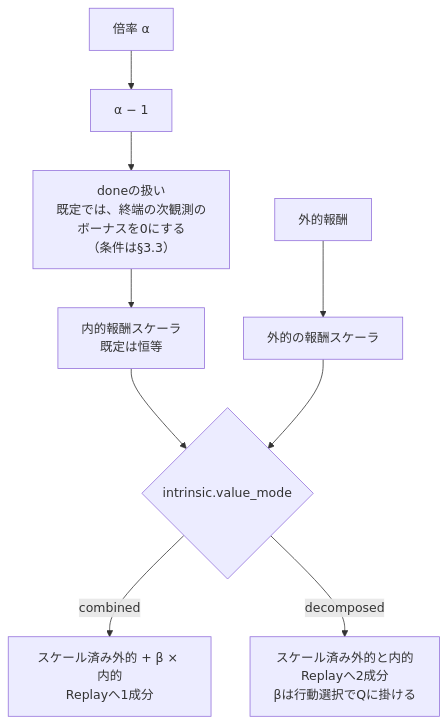
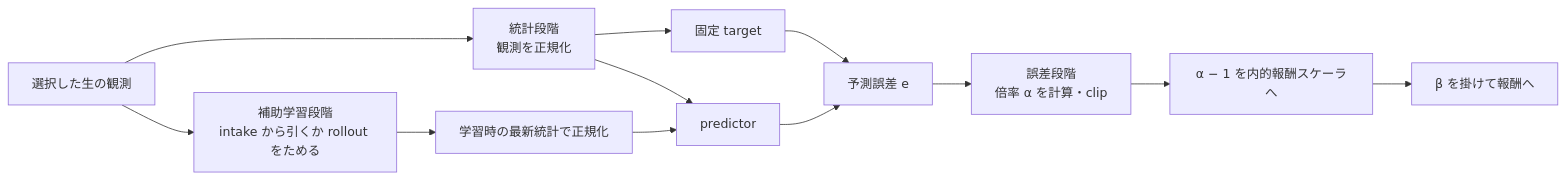
The diagram in docs/design/212_rnd_lifelong_novelty.jp.md (kazukin123/anet-lab), drawn with Mermaid before and after one commit. The commit also changed other lines of this file and 46 other files, not shown here.

````diff
--- a/docs/design/212_rnd_lifelong_novelty.jp.md
+++ b/docs/design/212_rnd_lifelong_novelty.jp.md
@@ -392,11 +7,14 @@
 ```mermaid
-graph TD
-    A["倍率 α"] --> M["α − 1"]
-    M --> D["doneの扱い<br/>既定では、終端の次観測の<br/>ボーナスを0にする<br/>（条件は§3.3）"]
-    D --> S["内的報酬スケーラ<br/>既定は恒等"]
-    X["外的報酬"] --> XS["外的の報酬スケーラ"]
-    S --> C{"intrinsic.value_mode"}
-    XS --> C
-    C -- combined --> B["スケール済み外的 + β × 内的<br/>Replayへ1成分"]
-    C -- decomposed --> R["スケール済み外的と内的<br/>Replayへ2成分<br/>βは行動選択でQに掛ける"]
+flowchart LR
+    O["選択した生の観測"] --> S["統計段階<br/>観測を正規化"]
+    S --> T["固定 target"]
+    S --> P["predictor"]
+    T --> E["予測誤差 e"]
+    P --> E
+    E --> A["誤差段階<br/>倍率 α を計算・clip"]
+    A --> R["α − 1 を内的報酬スケーラへ"]
+    R --> B["β を掛けて報酬へ"]
+    O --> L["補助学習段階<br/>intake から引くか rollout をためる"]
+    L --> U["学習時の最新統計で正規化"]
+    U --> P
 ```
````
